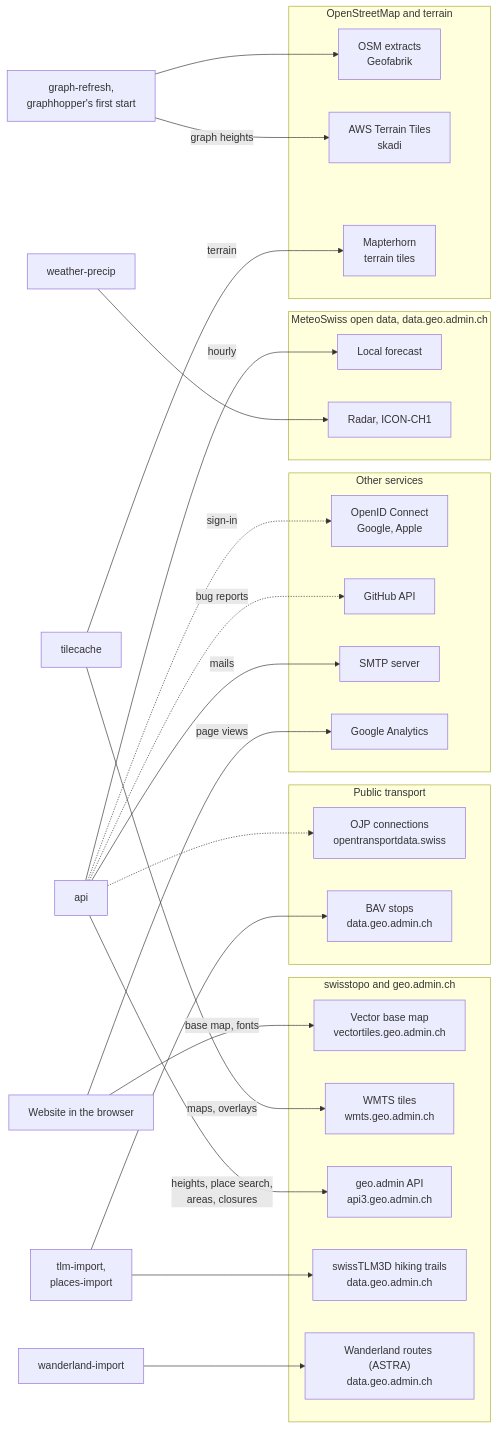
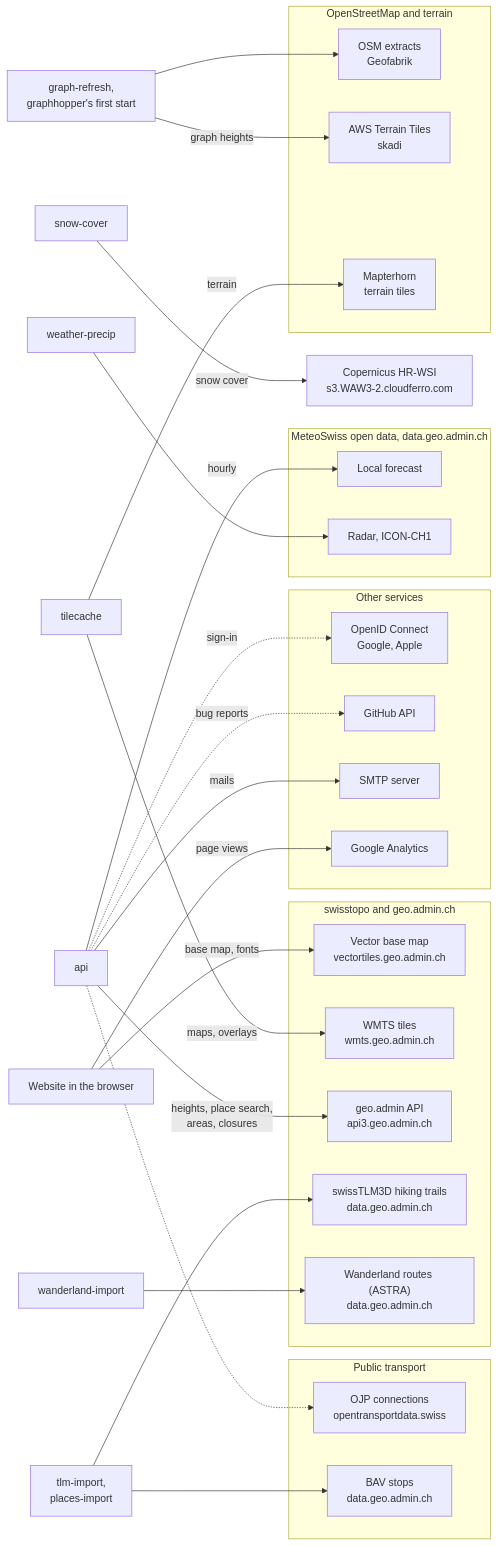
The second of 3 diagrams in docs/architecture.md (tellbow/alvyo), drawn with Mermaid before and after one commit. The commit also changed other lines of this file and 52 other files, not shown here.

First line of the commit message:
Snow on the map: Copernicus's daily snow cover

````diff
--- a/docs/architecture.md
+++ b/docs/architecture.md
@@ -111,58 +117,60 @@
 ```mermaid
 flowchart LR
   browser["Website in the browser"]
   api["api"]
   tiles["tilecache"]
   refresh["graph-refresh,<br/>graphhopper's first start"]
   imports["tlm-import,<br/>places-import"]
   wanderland["wanderland-import"]
   precip["weather-precip"]
+  snow["snow-cover"]
 
   subgraph swisstopo["swisstopo and geo.admin.ch"]
     vt["Vector base map<br/>vectortiles.geo.admin.ch"]
     wmts["WMTS tiles<br/>wmts.geo.admin.ch"]
     api3["geo.admin API<br/>api3.geo.admin.ch"]
     tlm["swissTLM3D hiking trails<br/>data.geo.admin.ch"]
     wl["Wanderland routes (ASTRA)<br/>data.geo.admin.ch"]
   end
 
   subgraph meteo["MeteoSwiss open data, data.geo.admin.ch"]
     forecast["Local forecast"]
     radar["Radar, ICON-CH1"]
   end
 
   subgraph transport["Public transport"]
     ojp["OJP connections<br/>opentransportdata.swiss"]
     bav["BAV stops<br/>data.geo.admin.ch"]
   end
 
   subgraph terrain["OpenStreetMap and terrain"]
     geofabrik["OSM extracts<br/>Geofabrik"]
     skadi["AWS Terrain Tiles<br/>skadi"]
     mapterhorn["Mapterhorn<br/>terrain tiles"]
   end
 
   subgraph services["Other services"]
     oidc["OpenID Connect<br/>Google, Apple"]
     github["GitHub API"]
     smtp["SMTP server"]
     ga["Google Analytics"]
   end
 
   browser -- "base map, fonts" --> vt
   browser -- "page views" --> ga
   tiles -- "maps, overlays" --> wmts
   tiles -- "terrain" --> mapterhorn
   api -- "heights, place search,<br/>areas, closures" --> api3
   api -- "hourly" --> forecast
   api -.-> ojp
   api -. "sign-in" .-> oidc
   api -. "bug reports" .-> github
   api -- "mails" --> smtp
   refresh --> geofabrik
   refresh -- "graph heights" --> skadi
   imports --> tlm
   imports --> bav
   wanderland --> wl
   precip --> radar
+  snow -- "snow cover" --> clms["Copernicus HR-WSI<br/>s3.WAW3-2.cloudferro.com"]
 ```
````
